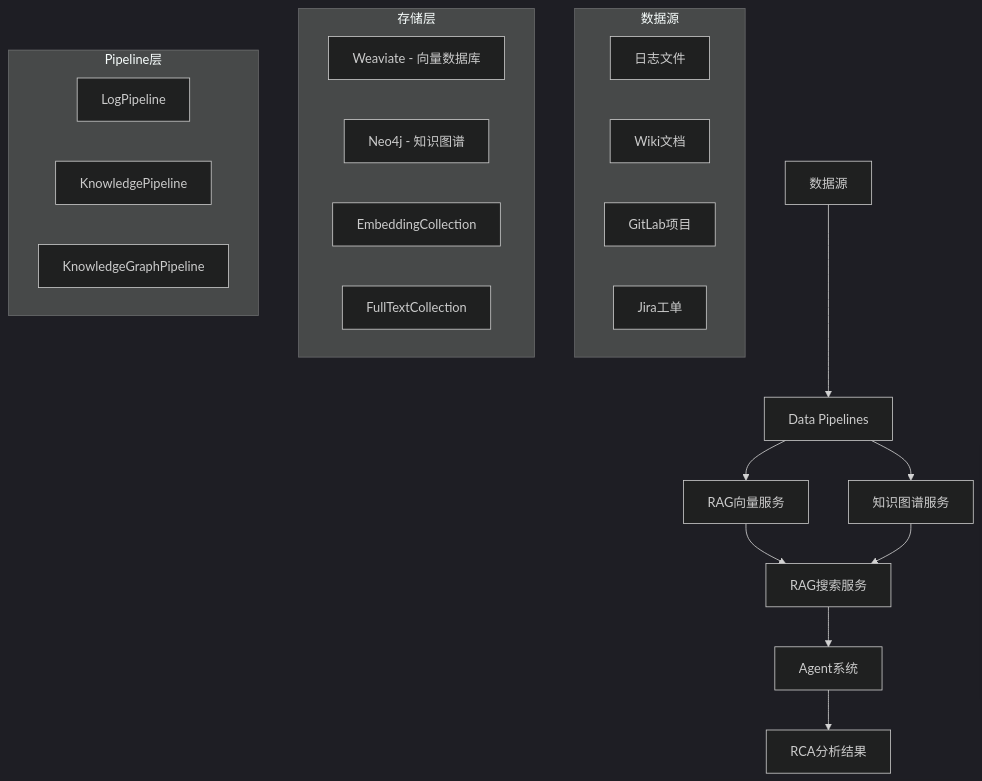
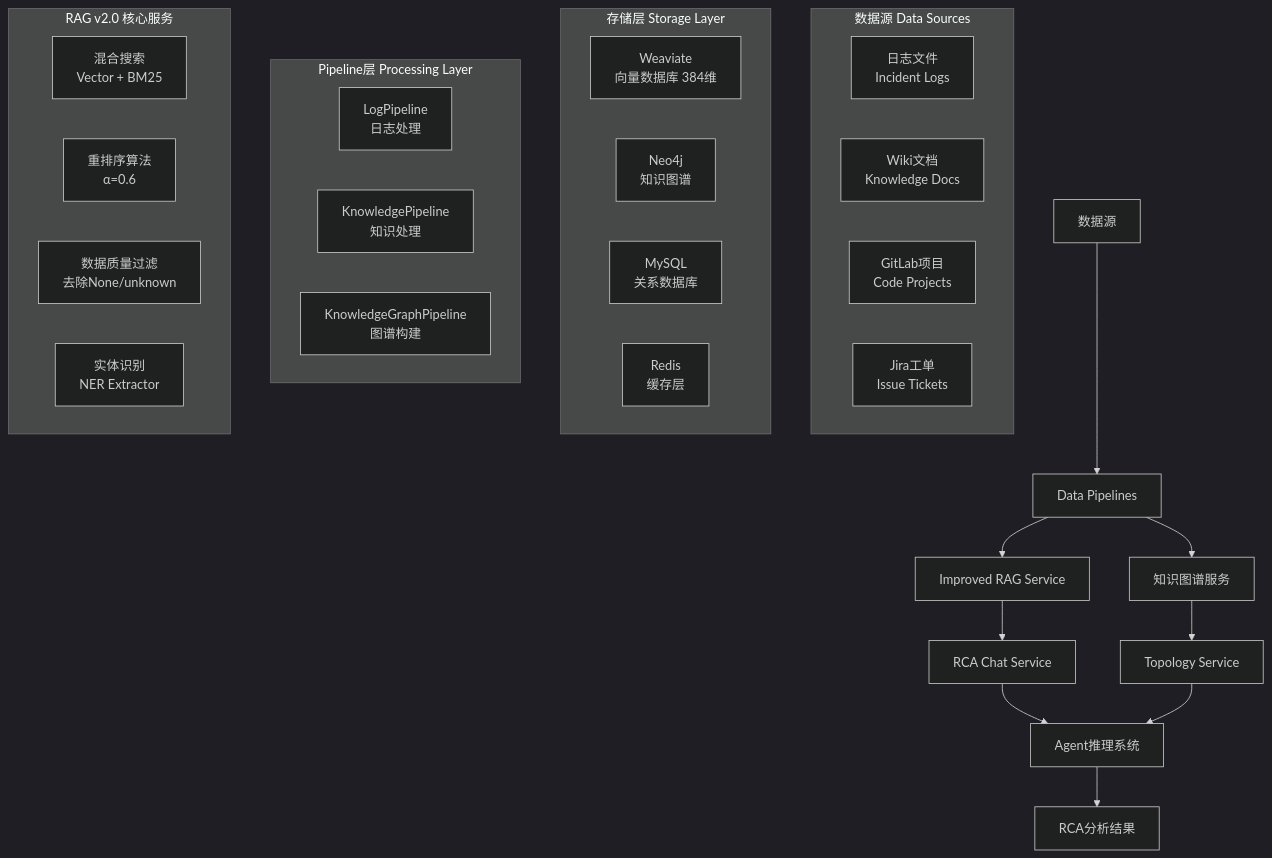
The diagram in docs/rag_pipeline_architecture.md (pkusnail/AIOpsPolaris), drawn with Mermaid (dark theme) before and after one commit. The commit also changed other lines of this file and 5 other files, not shown here.

````diff
--- a/docs/rag_pipeline_architecture.md
+++ b/docs/rag_pipeline_architecture.md
@@ -11,30 +11,38 @@
 ```mermaid
 graph TB
     A[数据源] --> B[Data Pipelines]
-    B --> C[RAG向量服务]
+    B --> C[Improved RAG Service]
     B --> D[知识图谱服务]
-    C --> E[RAG搜索服务]
-    D --> E
-    E --> F[Agent系统]
-    F --> G[RCA分析结果]
+    C --> E[RCA Chat Service]
+    D --> F[Topology Service]
+    E --> G[Agent推理系统]
+    F --> G
+    G --> H[RCA分析结果]
 
-    subgraph "数据源"
-        A1[日志文件]
-        A2[Wiki文档]
-        A3[GitLab项目]
-        A4[Jira工单]
+    subgraph "数据源 Data Sources"
+        A1[日志文件<br/>Incident Logs]
+        A2[Wiki文档<br/>Knowledge Docs]
+        A3[GitLab项目<br/>Code Projects]
+        A4[Jira工单<br/>Issue Tickets]
     end
 
-    subgraph "存储层"
-        C1[Weaviate - 向量数据库]
-        C2[Neo4j - 知识图谱]
-        C3[EmbeddingCollection]
-        C4[FullTextCollection]
+    subgraph "存储层 Storage Layer"
+        C1[Weaviate<br/>向量数据库 384维]
+        C2[Neo4j<br/>知识图谱]
+        C3[MySQL<br/>关系数据库]
+        C4[Redis<br/>缓存层]
     end
 
-    subgraph "Pipeline层"
-        B1[LogPipeline]
-        B2[KnowledgePipeline]
-        B3[KnowledgeGraphPipeline]
+    subgraph "Pipeline层 Processing Layer"
+        B1[LogPipeline<br/>日志处理]
+        B2[KnowledgePipeline<br/>知识处理]
+        B3[KnowledgeGraphPipeline<br/>图谱构建]
+    end
+    
+    subgraph "RAG v2.0 核心服务"
+        E1[混合搜索<br/>Vector + BM25]
+        E2[重排序算法<br/>α=0.6]
+        E3[数据质量过滤<br/>去除None/unknown]
+        E4[实体识别<br/>NER Extractor]
     end
 ```
````
